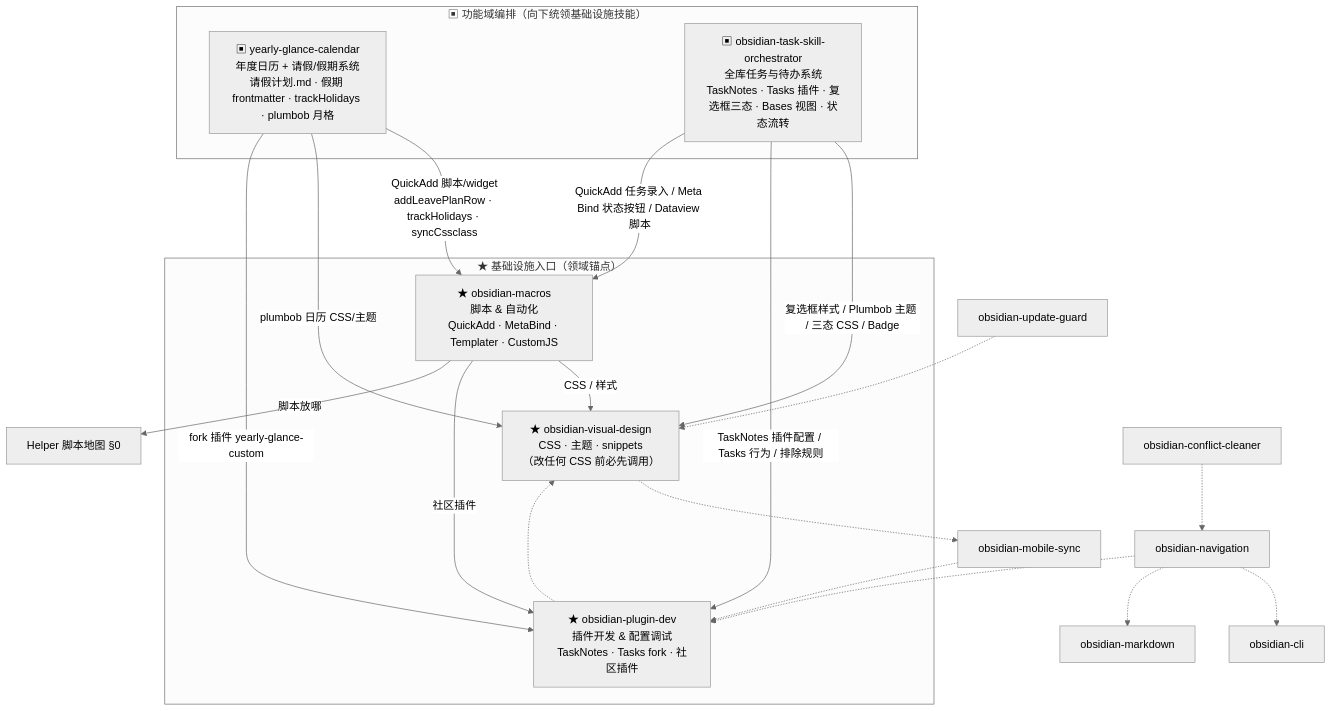
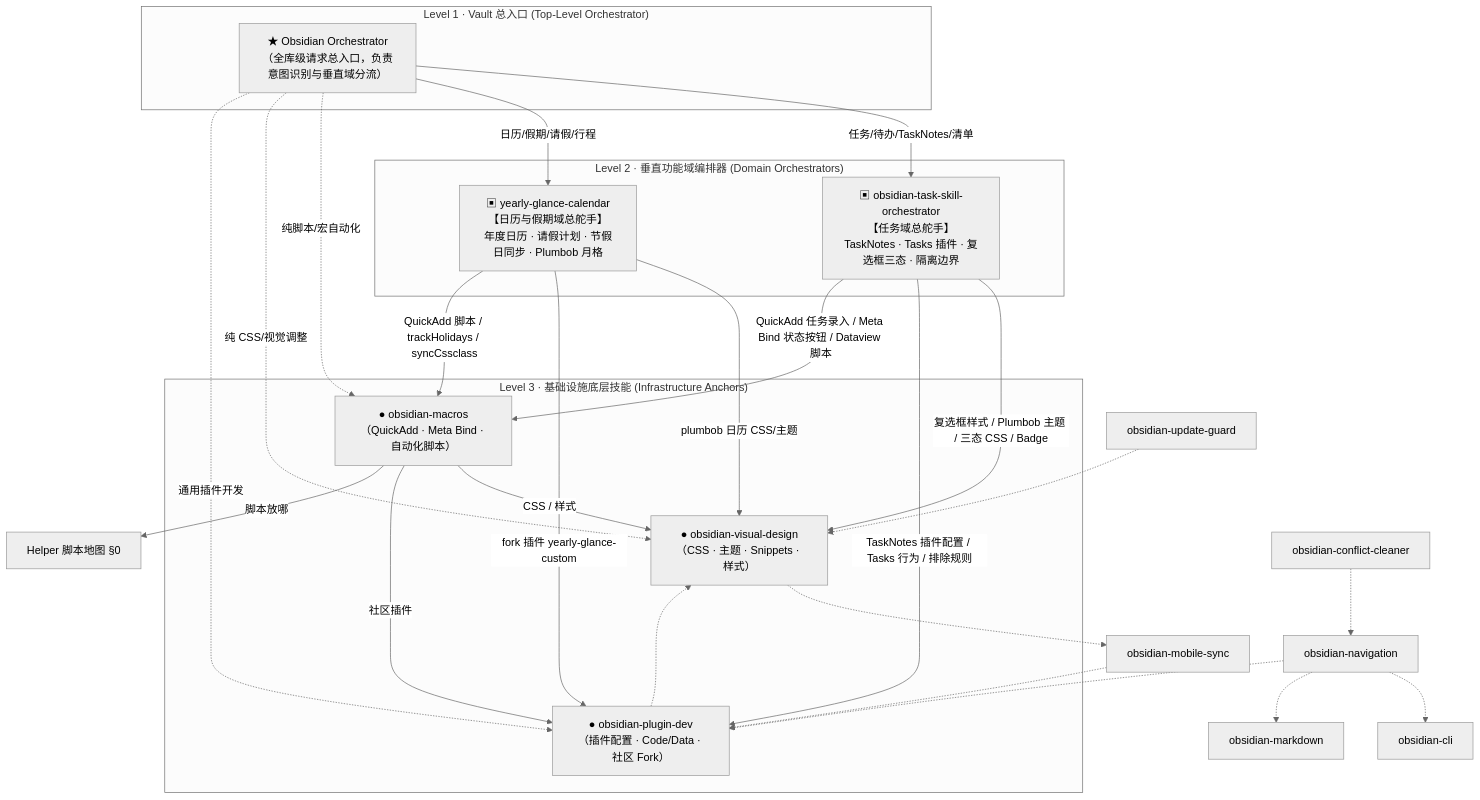
The diagram in 说明书/Obsidian 技能编排关系.md (syyangv/obsidian-vault-scripts), drawn with Mermaid (neutral theme) before and after one commit. The commit also changed other lines of this file, not shown here.

Commit message:
docs: document 3-tier obsidian orchestration hierarchy

````diff
--- a/说明书/Obsidian 技能编排关系.md
+++ b/说明书/Obsidian 技能编排关系.md
@@ -13,36 +12,48 @@
 ```mermaid
 graph TD
-    subgraph FEATURE["▣ 功能域编排（向下统领基础设施技能）"]
-        YG["▣ yearly-glance-calendar<br/>年度日历 + 请假/假期系统<br/>请假计划.md · 假期 frontmatter · trackHolidays · plumbob 月格"]
-        TO["▣ obsidian-task-skill-orchestrator<br/>全库任务与待办系统<br/>TaskNotes · Tasks 插件 · 复选框三态 · Bases 视图 · 状态流转"]
-    end
-    subgraph ANCHORS["★ 基础设施入口（领域锚点）"]
-        M["★ obsidian-macros<br/>脚本 &amp; 自动化<br/>QuickAdd · MetaBind · Templater · CustomJS"]
-        V["★ obsidian-visual-design<br/>CSS · 主题 · snippets<br/>（改任何 CSS 前必先调用）"]
-        PD["★ obsidian-plugin-dev<br/>插件开发 &amp; 配置调试<br/>TaskNotes · Tasks fork · 社区插件"]
+    subgraph L1["Level 1 · Vault 总入口 (Top-Level Orchestrator)"]
+        TOP["★ Obsidian Orchestrator<br/>（全库级请求总入口，负责意图识别与垂直域分流）"]
     end
 
-    %% 功能技能向下委派给基础设施技能（实线 = 声明式）
-    YG -->|QuickAdd 脚本/widget<br/>addLeavePlanRow · trackHolidays · syncCssclass| M
-    YG -->|plumbob 日历 CSS/主题| V
-    YG -->|fork 插件 yearly-glance-custom| PD
+    subgraph L2["Level 2 · 垂直功能域编排器 (Domain Orchestrators)"]
+        TO["▣ obsidian-task-skill-orchestrator<br/>【任务域总舵手】<br/>TaskNotes · Tasks 插件 · 复选框三态 · 隔离边界"]
+        YG["▣ yearly-glance-calendar<br/>【日历与假期域总舵手】<br/>年度日历 · 请假计划 · 节假日同步 · Plumbob 月格"]
+    end
 
+    subgraph L3["Level 3 · 基础设施底层技能 (Infrastructure Anchors)"]
+        V["● obsidian-visual-design<br/>（CSS · 主题 · Snippets · 样式）"]
+        PD["● obsidian-plugin-dev<br/>（插件配置 · Code/Data · 社区 Fork）"]
+        M["● obsidian-macros<br/>（QuickAdd · Meta Bind · 自动化脚本）"]
+    end
+
+    %% L1 委派给 L2
+    TOP -->|任务/待办/TaskNotes/清单| TO
+    TOP -->|日历/假期/请假/行程| YG
+    TOP -.->|纯脚本/宏自动化| M
+    TOP -.->|纯 CSS/视觉调整| V
+    TOP -.->|通用插件开发| PD
+
+    %% L2 编排 L3
     TO -->|复选框样式 / Plumbob 主题 / 三态 CSS / Badge| V
     TO -->|TaskNotes 插件配置 / Tasks 行为 / 排除规则| PD
     TO -->|QuickAdd 任务录入 / Meta Bind 状态按钮 / Dataview 脚本| M
+
+    YG -->|plumbob 日历 CSS/主题| V
+    YG -->|fork 插件 yearly-glance-custom| PD
+    YG -->|QuickAdd 脚本 / trackHolidays / syncCssclass| M
 
     %% 基础设施锚点之间的声明式路由
     M -->|CSS / 样式| V
     M -->|社区插件| PD
     M -->|脚本放哪| S0["Helper 脚本地图 §0"]
 
-    %% 虚线 = SKILL 正文里既有的零散「see also」引用
+    %% 兄弟技能辅助引用
     PD -.-> V
     UG["obsidian-update-guard"] -.-> V
     MS["obsidian-mobile-sync"] -.-> PD
     V -.-> MS
     NAV["obsidian-navigation"] -.-> CLI["obsidian-cli"]
     NAV -.-> MD["obsidian-markdown"]
     NAV -.-> PD
     CC["obsidian-conflict-cleaner"] -.-> NAV
 ```
````
